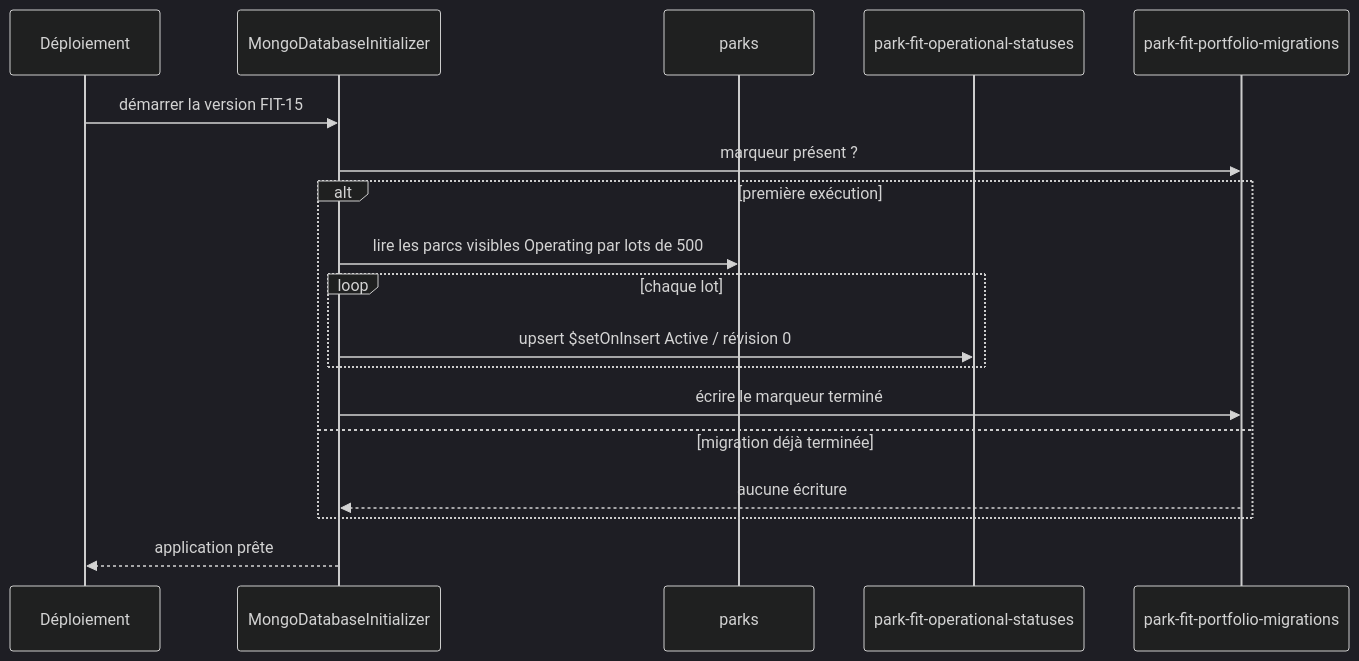
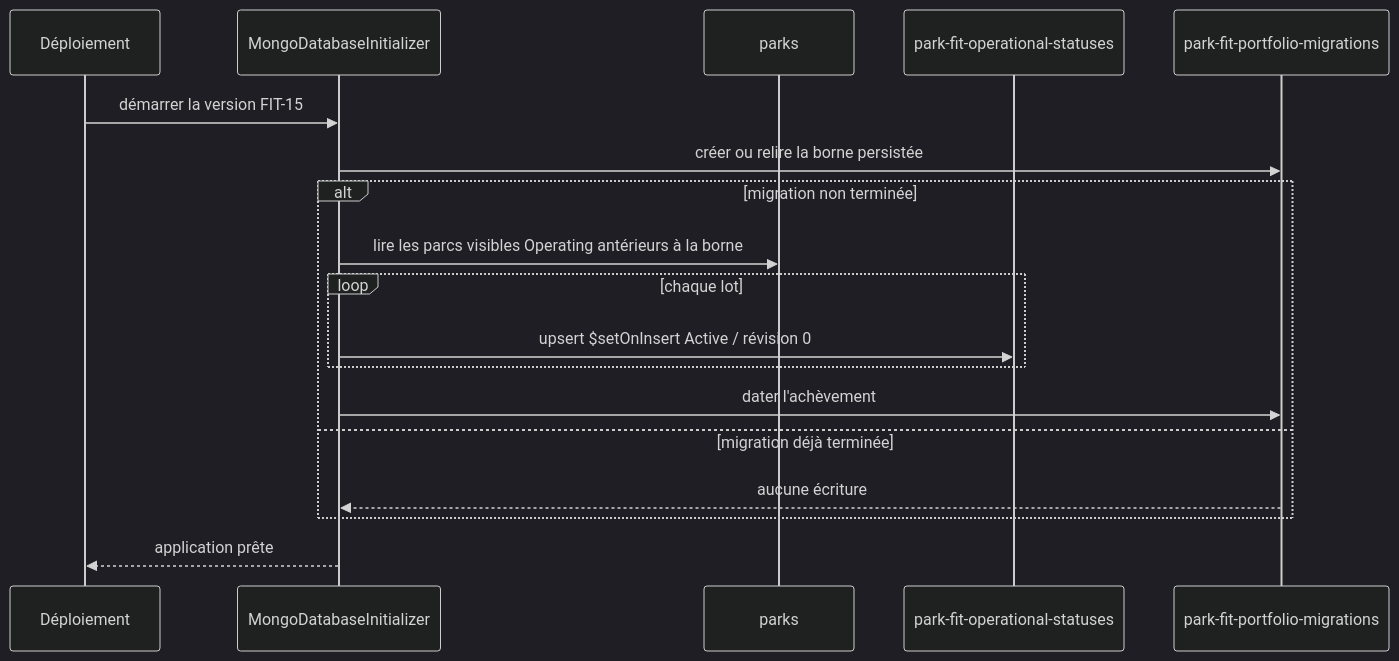
One commit to Ced59/AmusementParkProject changed the third of 4 diagrams in docs/architecture/product-growth-fit-15-portfolio-activation-2026-09-14.md. Above: the diagram before and after it, drawn with Mermaid (dark theme). The commit also changed other lines of this file and 4 other files, not shown here.

````diff
--- a/docs/architecture/product-growth-fit-15-portfolio-activation-2026-09-14.md
+++ b/docs/architecture/product-growth-fit-15-portfolio-activation-2026-09-14.md
@@ -184,21 +187,21 @@
 ```mermaid
 sequenceDiagram
     participant D as Déploiement
     participant I as MongoDatabaseInitializer
     participant P as parks
     participant S as park-fit-operational-statuses
     participant M as park-fit-portfolio-migrations
 
     D->>I: démarrer la version FIT-15
-    I->>M: marqueur présent ?
-    alt première exécution
-      I->>P: lire les parcs visibles Operating par lots de 500
+    I->>M: créer ou relire la borne persistée
+    alt migration non terminée
+      I->>P: lire les parcs visibles Operating antérieurs à la borne
       loop chaque lot
         I->>S: upsert $setOnInsert Active / révision 0
       end
-      I->>M: écrire le marqueur terminé
+      I->>M: dater l'achèvement
     else migration déjà terminée
       M-->>I: aucune écriture
     end
     I-->>D: application prête
 ```
````
